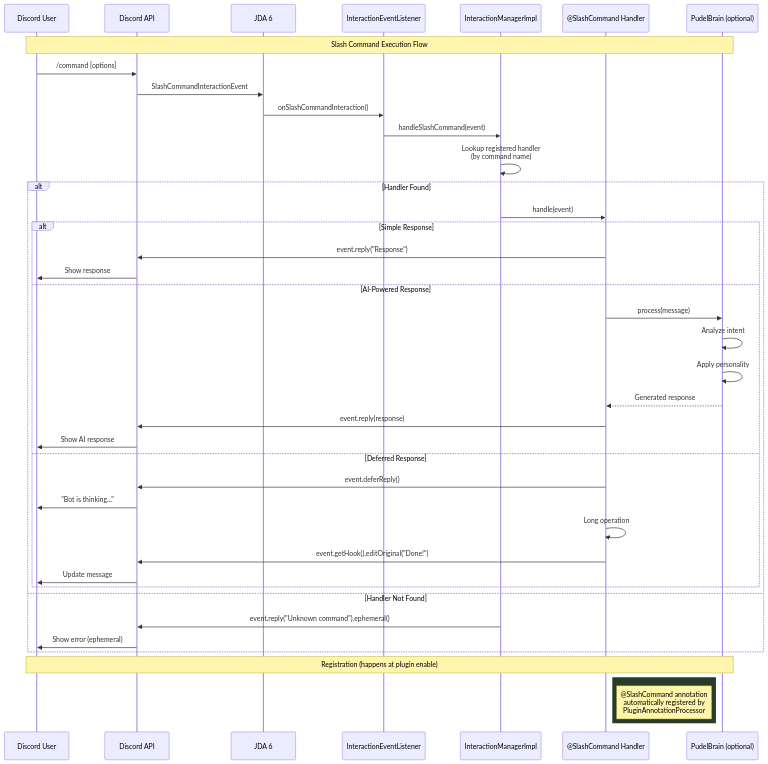
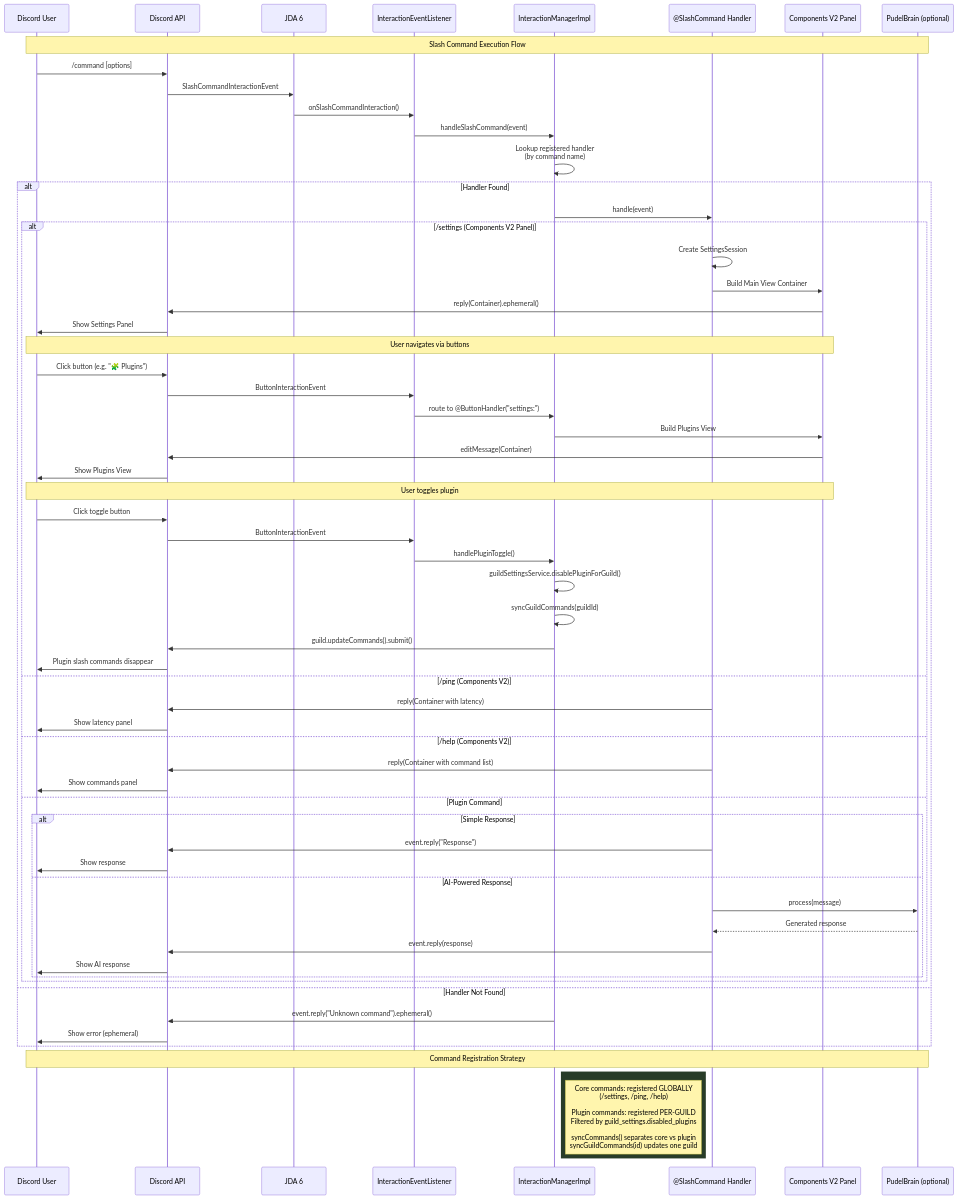
The diagram in docs/flowchart/architecture/SlashCommandFlow.mermaid (Zazalng/Pudel-Spring-Boot), drawn with Mermaid before and after one commit. The commit also changed 213 other files, not shown here.

First line of the commit message:
Implements v2.1.1-rc1  - Plugin isolation: Each guild can disable plugin from admin enabled pool  - Dynamic Branding: Allow fork / self-hosted to describe branding name without touch coding  - Rewrite architecture docs  - OpenAPI Swagger UI

```diff
--- a/docs/flowchart/architecture/SlashCommandFlow.mermaid
+++ b/docs/flowchart/architecture/SlashCommandFlow.mermaid
@@ -1,50 +1,77 @@
-%% Pudel Slash Command Flow v2.0.0
+%% Pudel Slash Command Flow vWorld Standard.group
+%% Two-Tier Sync + Components V2 Settings Panel
 
 sequenceDiagram
     participant User as Discord User
     participant Discord as Discord API
     participant JDA as JDA 6
     participant Listener as InteractionEventListener
     participant Manager as InteractionManagerImpl
     participant Handler as @SlashCommand Handler
+    participant CV2 as Components V2 Panel
     participant Brain as PudelBrain (optional)
 
     Note over User,Brain: Slash Command Execution Flow
 
     User->>Discord: /command [options]
     Discord->>JDA: SlashCommandInteractionEvent
     JDA->>Listener: onSlashCommandInteraction()
 
     Listener->>Manager: handleSlashCommand(event)
     Manager->>Manager: Lookup registered handler<br/>(by command name)
 
     alt Handler Found
         Manager->>Handler: handle(event)
 
-        alt Simple Response
-            Handler->>Discord: event.reply("Response")
-            Discord->>User: Show response
-        else AI-Powered Response
-            Handler->>Brain: process(message)
-            Brain->>Brain: Analyze intent
-            Brain->>Brain: Apply personality
-            Brain-->>Handler: Generated response
-            Handler->>Discord: event.reply(response)
-            Discord->>User: Show AI response
-        else Deferred Response
-            Handler->>Discord: event.deferReply()
-            Discord->>User: "Bot is thinking..."
-            Handler->>Handler: Long operation
-            Handler->>Discord: event.getHook().editOriginal("Done!")
-            Discord->>User: Update message
+        alt /settings (Components V2 Panel)
+            Handler->>Handler: Create SettingsSession
+            Handler->>CV2: Build Main View Container
+            CV2->>Discord: reply(Container).ephemeral()
+            Discord->>User: Show Settings Panel
+
+            Note over User,CV2: User navigates via buttons
+            User->>Discord: Click button (e.g. "🧩 Plugins")
+            Discord->>Listener: ButtonInteractionEvent
+            Listener->>Manager: route to @ButtonHandler("settings:")
+            Manager->>CV2: Build Plugins View
+            CV2->>Discord: editMessage(Container)
+            Discord->>User: Show Plugins View
+
+            Note over User,CV2: User toggles plugin
+            User->>Discord: Click toggle button
+            Discord->>Listener: ButtonInteractionEvent
+            Listener->>Manager: handlePluginToggle()
+            Manager->>Manager: guildSettingsService.disablePluginForGuild()
+            Manager->>Manager: syncGuildCommands(guildId)
+            Manager->>Discord: guild.updateCommands().submit()
+            Discord->>User: Plugin slash commands disappear
+
+        else /ping (Components V2)
+            Handler->>Discord: reply(Container with latency)
+            Discord->>User: Show latency panel
+
+        else /help (Components V2)
+            Handler->>Discord: reply(Container with command list)
+            Discord->>User: Show commands panel
+
+        else Plugin Command
+            alt Simple Response
+                Handler->>Discord: event.reply("Response")
+                Discord->>User: Show response
+            else AI-Powered Response
+                Handler->>Brain: process(message)
+                Brain-->>Handler: Generated response
+                Handler->>Discord: event.reply(response)
+                Discord->>User: Show AI response
+            end
         end
     else Handler Not Found
         Manager->>Discord: event.reply("Unknown command").ephemeral()
         Discord->>User: Show error (ephemeral)
     end
 
-    Note over User,Brain: Registration (happens at plugin enable)
+    Note over User,Brain: Command Registration Strategy
 
     rect rgb(40, 60, 40)
-        Note right of Handler: @SlashCommand annotation<br/>automatically registered by<br/>PluginAnnotationProcessor
+        Note right of Manager: Core commands: registered GLOBALLY<br/>(/settings, /ping, /help)<br/><br/>Plugin commands: registered PER-GUILD<br/>Filtered by guild_settings.disabled_plugins<br/><br/>syncCommands() separates core vs plugin<br/>syncGuildCommands(id) updates one guild
     end
```
